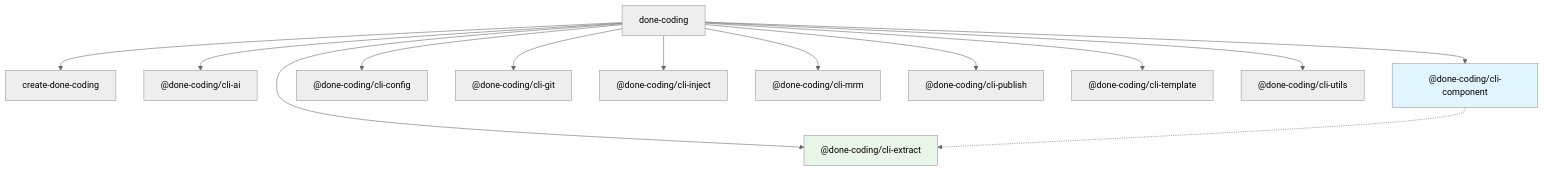
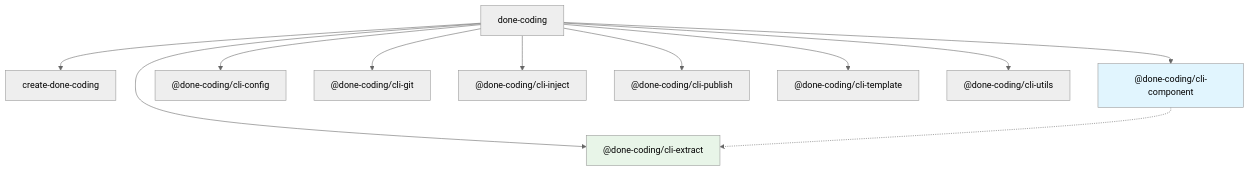
The diagram in README.md (done-coding/done-coding-cli), drawn with Mermaid (neutral theme) before and after one commit. The commit also changed other lines of this file and 216 other files, not shown here.

First line of the commit message:
feat!: 治理工具 cli-harness 首发、统一代码生成合入、skill 多宿主安装，退役 ai / mrm (#44)

````diff
--- a/README.md
+++ b/README.md
@@ -131,19 +121,17 @@
 ```mermaid
 graph TD
     A["done-coding"] --> B["create-done-coding"]
-    A --> C["@done-coding/cli-ai"]
     A --> D["@done-coding/cli-component"]
     A --> E["@done-coding/cli-config"]
     A --> F["@done-coding/cli-extract"]
     A --> G["@done-coding/cli-git"]
     A --> H["@done-coding/cli-inject"]
-    A --> I["@done-coding/cli-mrm"]
     A --> J["@done-coding/cli-publish"]
     A --> K["@done-coding/cli-template"]
     A --> L["@done-coding/cli-utils"]
 
     D -.-> F
 
     style D fill:#e1f5fe
     style F fill:#e8f5e8
 ```
````
